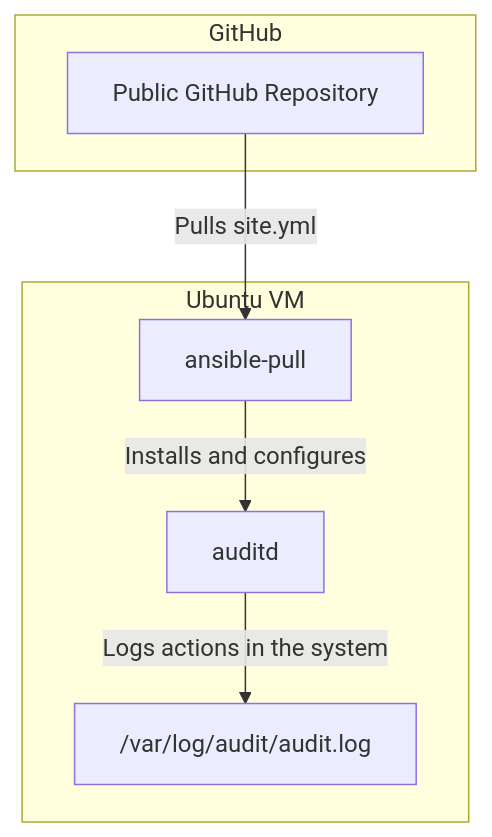
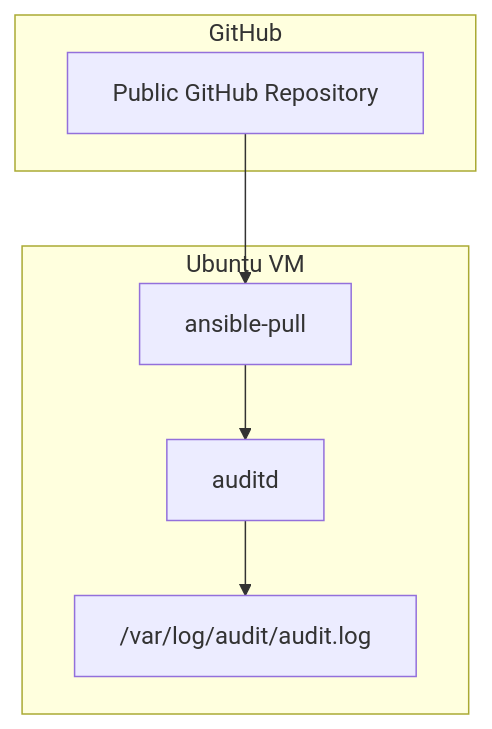
Before and after one commit to joseywatznauer/ansible-auditd-playbook: the diagram in README.md, drawn with Mermaid. The commit also changed other lines of this file, not shown here.

````diff
--- a/README.md
+++ b/README.md
@@ -104,15 +104,15 @@
 ```mermaid
 flowchart TD
     subgraph GitHub
         Repo[Public GitHub Repository]
     end
 
     subgraph VM[Ubuntu VM]
         A[ansible-pull]
         B[auditd]
         C[ /var/log/audit/audit.log]
     end
 
-    Repo -->|Pulls site.yml| A -->|Installs and configures| B -->|Logs actions in the system| C
+    Repo --> A --> B --> C
 
 ```
````
